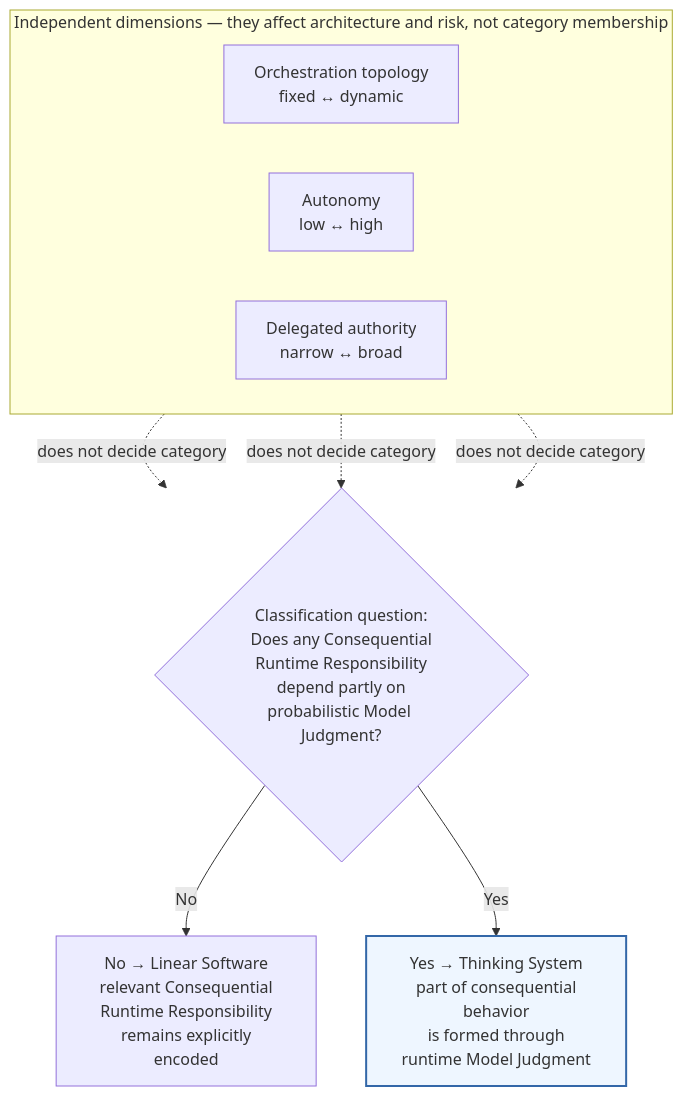
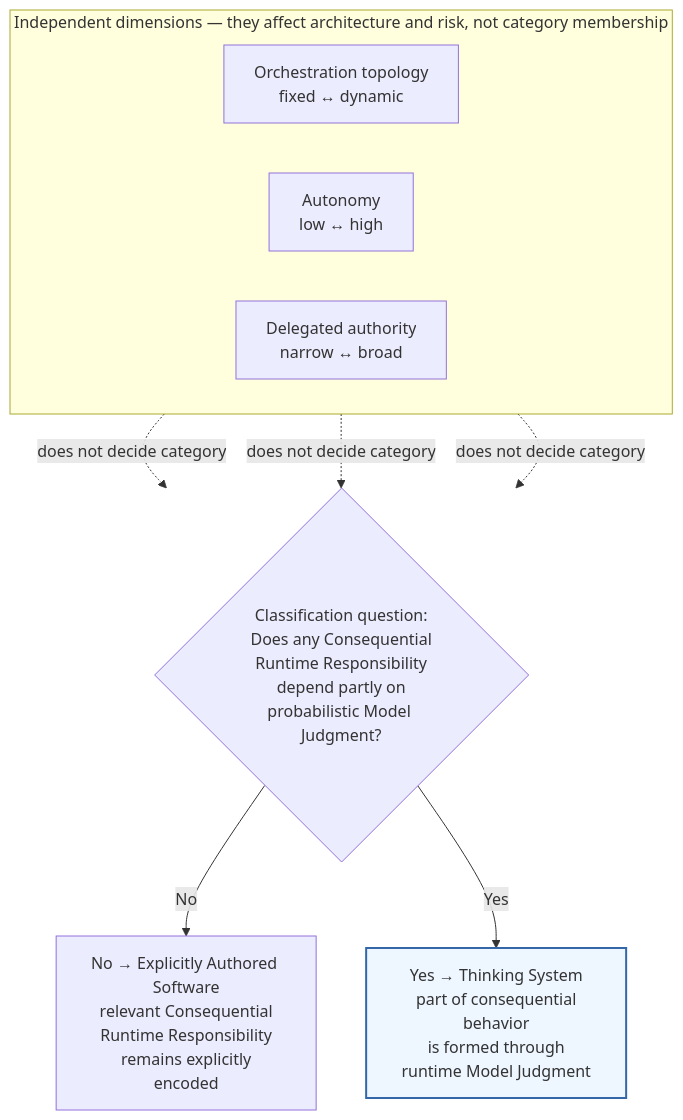
The second of 15 diagrams in content/research/notes/open-engineering-specification-article-draft.md (UncertaintyArchitectureGroup/uncertainty-architecture), drawn with Mermaid before and after one commit. The commit also changed other lines of this file and 3 other files, not shown here.

````diff
--- a/content/research/notes/open-engineering-specification-article-draft.md
+++ b/content/research/notes/open-engineering-specification-article-draft.md
@@ -104,22 +108,22 @@
 ```mermaid
 flowchart TB
     subgraph I["Independent dimensions — they affect architecture and risk, not category membership"]
         direction LR
         O["Orchestration topology<br/> fixed ↔ dynamic"]
         A["Autonomy<br/> low ↔ high"]
         D["Delegated authority<br/> narrow ↔ broad"]
     end
 
     Q{"Classification question:<br/> Does any Consequential Runtime Responsibility<br/> depend partly on probabilistic Model Judgment?"}
-    L["No → Linear Software<br/> relevant Consequential Runtime Responsibility<br/> remains explicitly encoded"]
+    L["No → Explicitly Authored Software<br/> relevant Consequential Runtime Responsibility<br/> remains explicitly encoded"]
     T["Yes → Thinking System<br/> part of consequential behavior<br/> is formed through runtime Model Judgment"]
 
     O -. does not decide category .-> Q
     A -. does not decide category .-> Q
     D -. does not decide category .-> Q
     Q -->|No| L
     Q -->|Yes| T
 
     classDef thinking fill:#eef6ff,stroke:#3367a8,stroke-width:2px;
     class T thinking;
 ```
````
